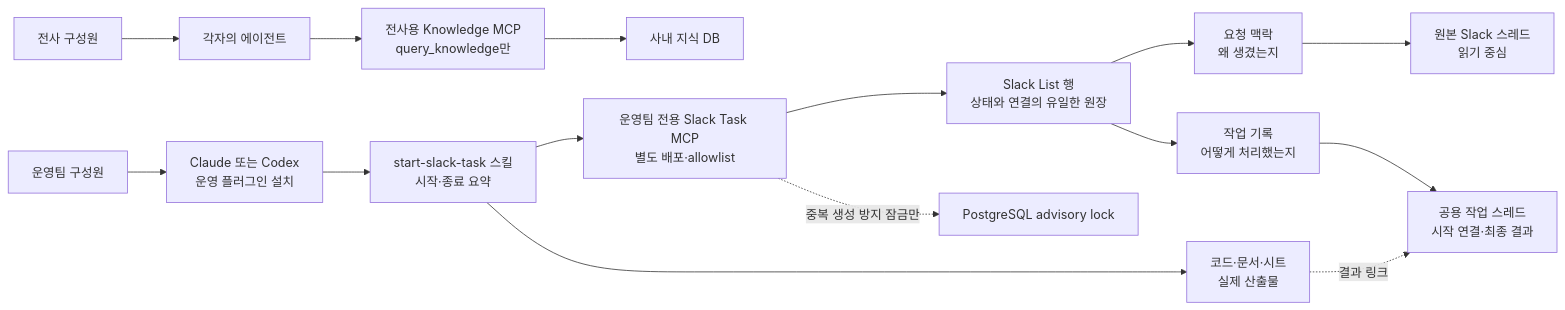
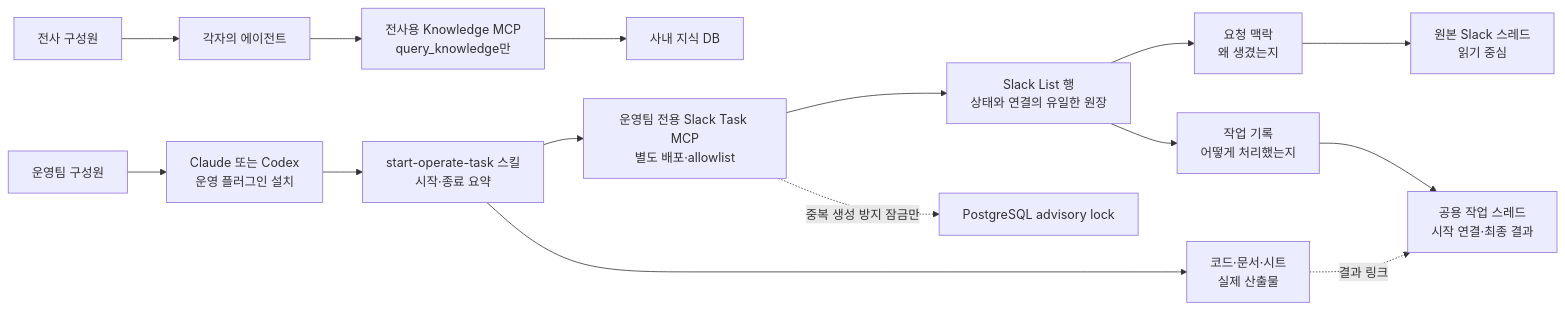
One commit to team-monolith-product/tmn-workflow-automation changed the first of 2 diagrams in docs/slack-list-task-thread-design.md. Above: the diagram before and after it, drawn with Mermaid. The commit also changed other lines of this file and 17 other files, not shown here.

````diff
--- a/docs/slack-list-task-thread-design.md
+++ b/docs/slack-list-task-thread-design.md
@@ -33,18 +33,18 @@
 ```mermaid
 flowchart LR
     E["전사 구성원"] --> EA["각자의 에이전트"]
     EA --> KM["전사용 Knowledge MCP<br/>query_knowledge만"]
     KM --> KD["사내 지식 DB"]
 
     U["운영팀 구성원"] --> A["Claude 또는 Codex<br/>운영 플러그인 설치"]
-    A --> S["start-slack-task 스킬<br/>시작·종료 요약"]
+    A --> S["start-operate-task 스킬<br/>시작·종료 요약"]
     S --> M["운영팀 전용 Slack Task MCP<br/>별도 배포·allowlist"]
     M --> L["Slack List 행<br/>상태와 연결의 유일한 원장"]
     L --> C["요청 맥락<br/>왜 생겼는지"]
     L --> W["작업 기록<br/>어떻게 처리했는지"]
     C --> CT["원본 Slack 스레드<br/>읽기 중심"]
     W --> WT["공용 작업 스레드<br/>시작 연결·최종 결과"]
     S --> O["코드·문서·시트<br/>실제 산출물"]
     O -. "결과 링크" .-> WT
     M -. "중복 생성 방지 잠금만" .-> DB["PostgreSQL advisory lock"]
 ```
````
